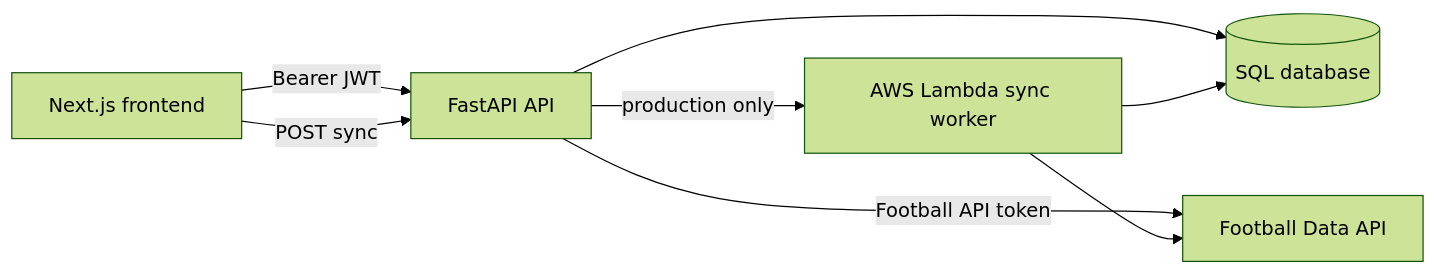
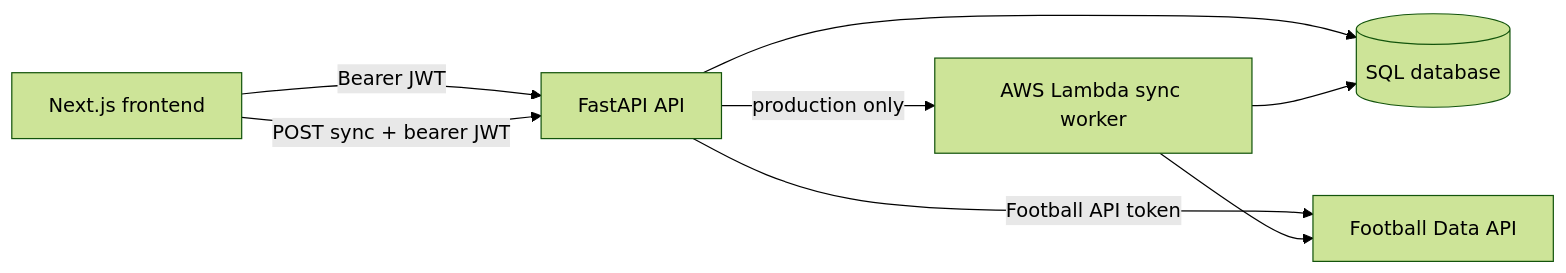
The diagram in docs/CODEBASE.md (alpiazza13/soccer-matches), drawn with Mermaid (forest theme) before and after one commit. The commit also changed other lines of this file and 4 other files, not shown here.

````diff
--- a/docs/CODEBASE.md
+++ b/docs/CODEBASE.md
@@ -25,10 +25,10 @@
 ```mermaid
 flowchart LR
     UI[Next.js frontend] -->|Bearer JWT| API[FastAPI API]
-    UI -->|POST sync| API
+    UI -->|POST sync + bearer JWT| API
     API --> DB[(SQL database)]
     API -->|Football API token| F[Football Data API]
     API -->|production only| L[AWS Lambda sync worker]
     L --> DB
     L --> F
 ```
````
